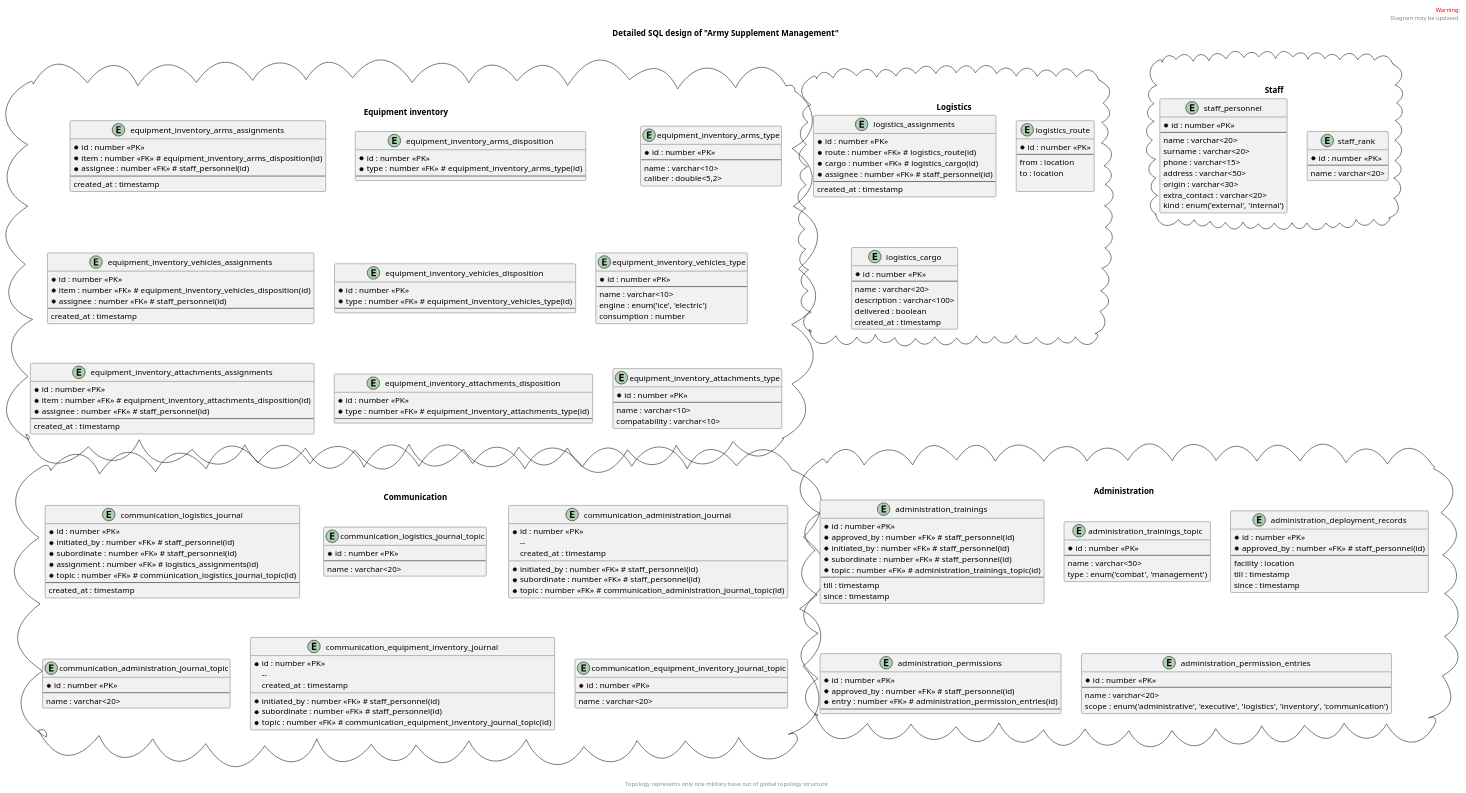
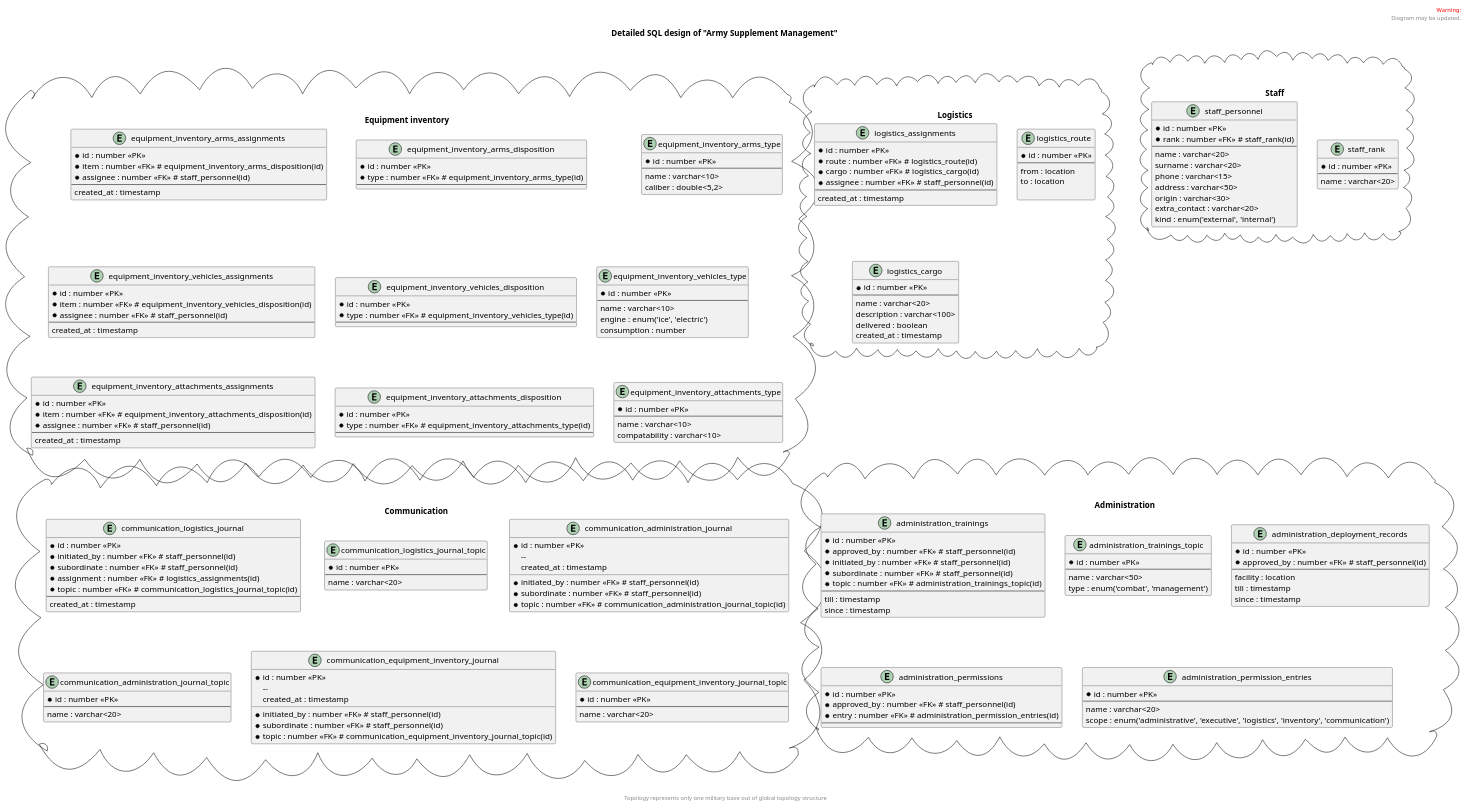
Before and after one commit to YarikRevich/army-supplement-management: the diagram in docs/examples/detailed-design-sql.md, drawn with PlantUML.

Commit message:
fix: fixed bugs

```diff
--- a/docs/examples/detailed-design-sql.md
+++ b/docs/examples/detailed-design-sql.md
@@ -118,6 +118,7 @@
 
 entity "staff_personnel" {
     *id : number <<PK>>
+    *rank : number <<FK>> # staff_rank(id)
     --
     name : varchar<20>
     surname : varchar<20>
```
